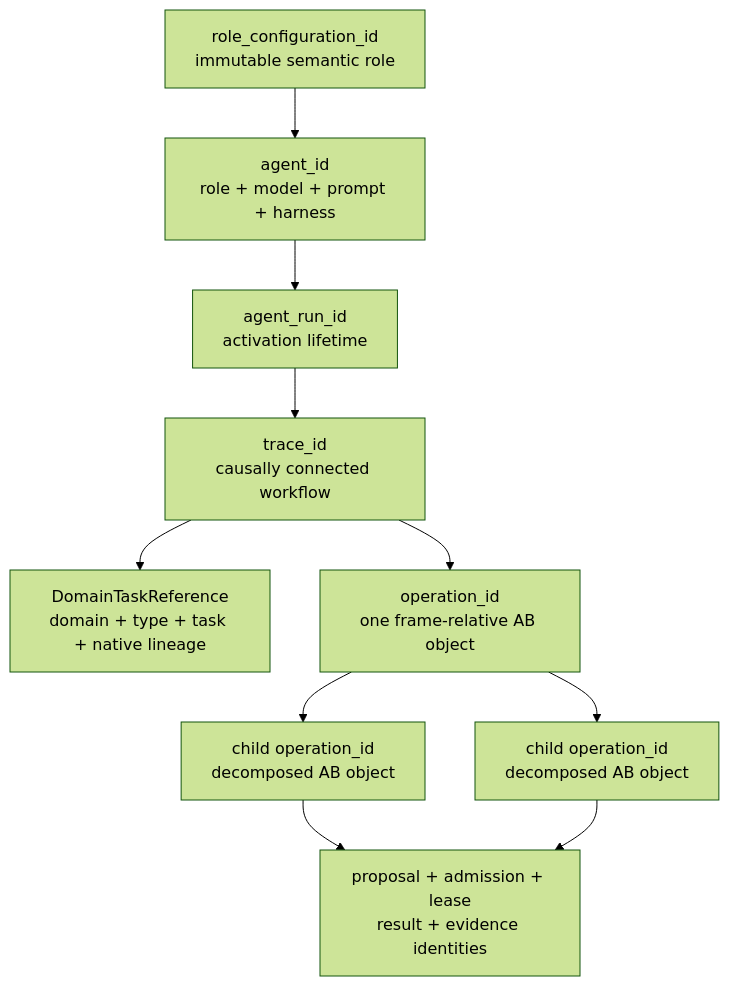
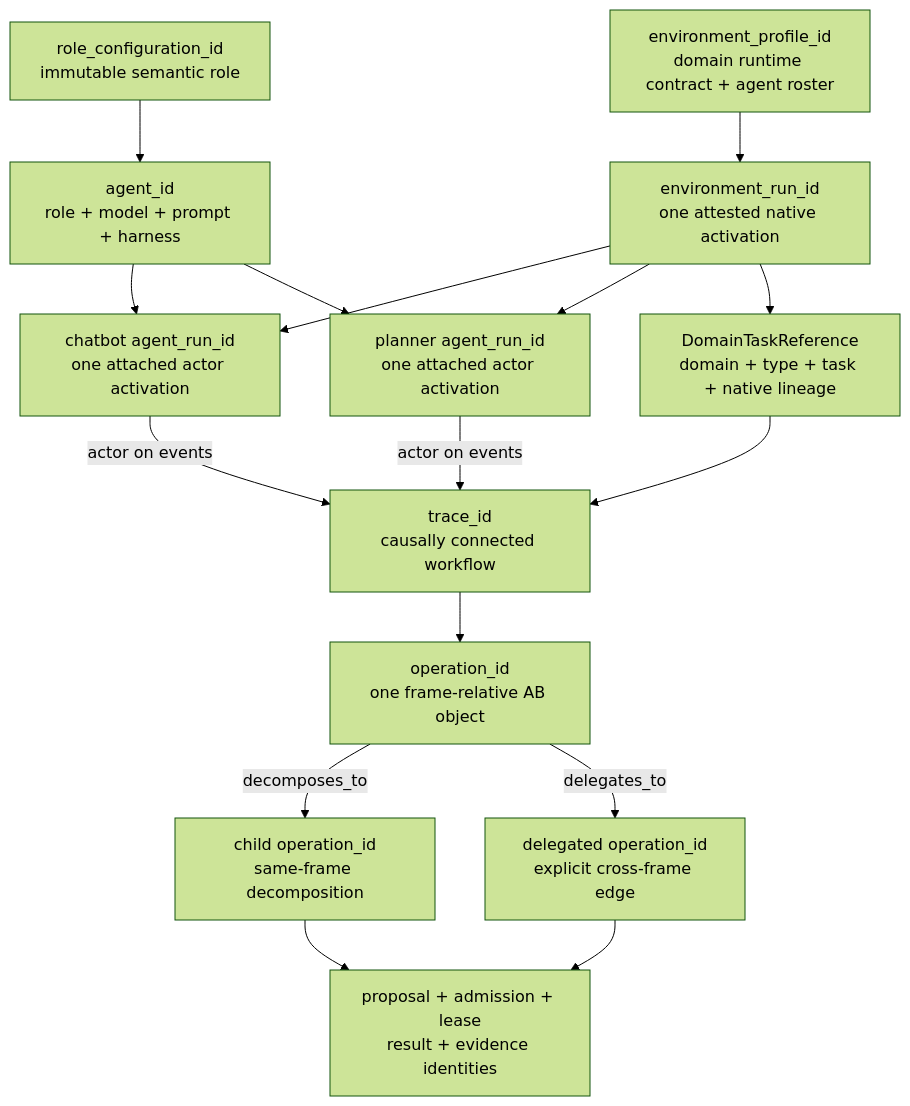
Before and after one commit to ieverythng/universal-agentic-harness: the eighth of 10 diagrams in docs/architecture/universal_agentic_harness_foundation.md, drawn with Mermaid (forest theme). The commit also changed other lines of this file and 26 other files, not shown here.

````diff
--- a/docs/architecture/universal_agentic_harness_foundation.md
+++ b/docs/architecture/universal_agentic_harness_foundation.md
@@ -373,22 +480,31 @@
 ```mermaid
 %% uah-render: Figure 5. Runtime identity and causal lineage
 flowchart TB
     Role["role_configuration_id<br/>immutable semantic role"]:::identity
     Agent["agent_id<br/>role + model + prompt + harness"]:::identity
-    Run["agent_run_id<br/>activation lifetime"]:::identity
+    Profile["environment_profile_id<br/>domain runtime contract + agent roster"]:::identity
+    Environment["environment_run_id<br/>one attested native activation"]:::identity
+    ChatRun["chatbot agent_run_id<br/>one attached actor activation"]:::identity
+    PlannerRun["planner agent_run_id<br/>one attached actor activation"]:::identity
     Trace["trace_id<br/>causally connected workflow"]:::trace
     Task["DomainTaskReference<br/>domain + type + task + native lineage"]:::semantic
     Root["operation_id<br/>one frame-relative AB object"]:::proposal
-    ChildA["child operation_id<br/>decomposed AB object"]:::proposal
-    ChildB["child operation_id<br/>decomposed AB object"]:::proposal
+    ChildA["child operation_id<br/>same-frame decomposition"]:::proposal
+    ChildB["delegated operation_id<br/>explicit cross-frame edge"]:::proposal
     Artifacts["proposal + admission + lease<br/>result + evidence identities"]:::evidence
     Role --> Agent
-    Agent --> Run
-    Run --> Trace
-    Trace --> Task
+    Profile --> Environment
+    Agent --> ChatRun
+    Agent --> PlannerRun
+    Environment --> ChatRun
+    Environment --> PlannerRun
+    Environment --> Task
+    Task --> Trace
+    ChatRun -->|actor on events| Trace
+    PlannerRun -->|actor on events| Trace
     Trace --> Root
-    Root --> ChildA
-    Root --> ChildB
+    Root -->|decomposes_to| ChildA
+    Root -->|delegates_to| ChildB
     ChildA --> Artifacts
     ChildB --> Artifacts
 ```
````
